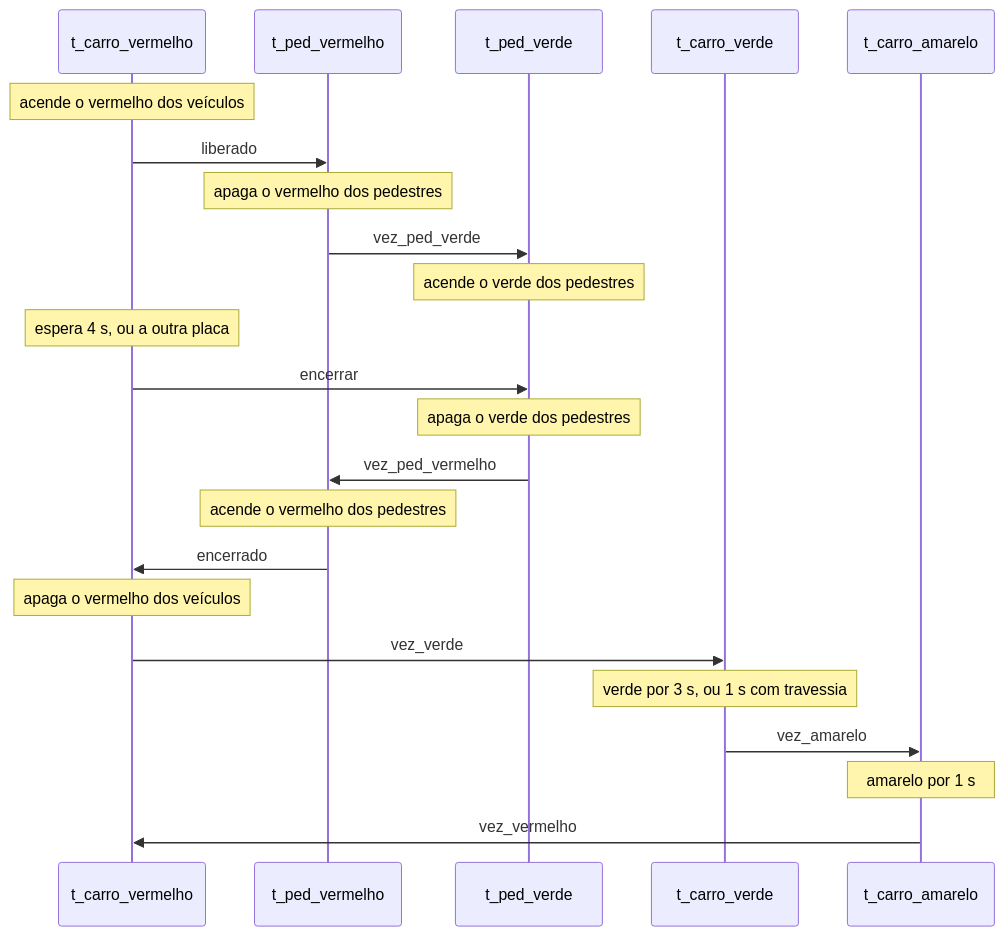
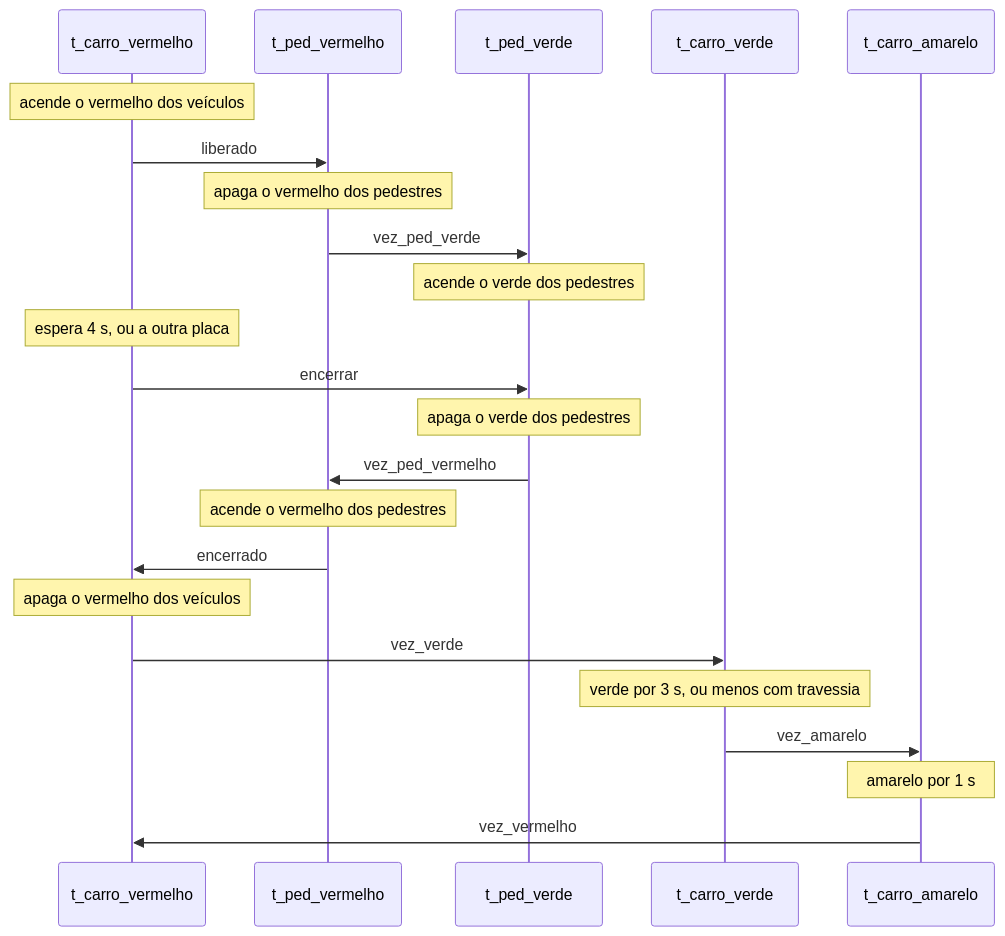
The second of 5 diagrams in docs/02-arquitetura.md (bmchad/uc-aula1-fork), drawn with Mermaid before and after one commit. The commit also changed other lines of this file and 27 other files, not shown here.

````diff
--- a/docs/02-arquitetura.md
+++ b/docs/02-arquitetura.md
@@ -68,26 +73,26 @@
 ```mermaid
 sequenceDiagram
     participant CVm as t_carro_vermelho
     participant PVm as t_ped_vermelho
     participant PVd as t_ped_verde
     participant CVd as t_carro_verde
     participant CAm as t_carro_amarelo
 
     Note over CVm: acende o vermelho dos veículos
     CVm->>PVm: liberado
     Note over PVm: apaga o vermelho dos pedestres
     PVm->>PVd: vez_ped_verde
     Note over PVd: acende o verde dos pedestres
     Note over CVm: espera 4 s, ou a outra placa
     CVm->>PVd: encerrar
     Note over PVd: apaga o verde dos pedestres
     PVd->>PVm: vez_ped_vermelho
     Note over PVm: acende o vermelho dos pedestres
     PVm->>CVm: encerrado
     Note over CVm: apaga o vermelho dos veículos
     CVm->>CVd: vez_verde
-    Note over CVd: verde por 3 s, ou 1 s com travessia
+    Note over CVd: verde por 3 s, ou menos com travessia
     CVd->>CAm: vez_amarelo
     Note over CAm: amarelo por 1 s
     CAm->>CVm: vez_vermelho
 ```
````
